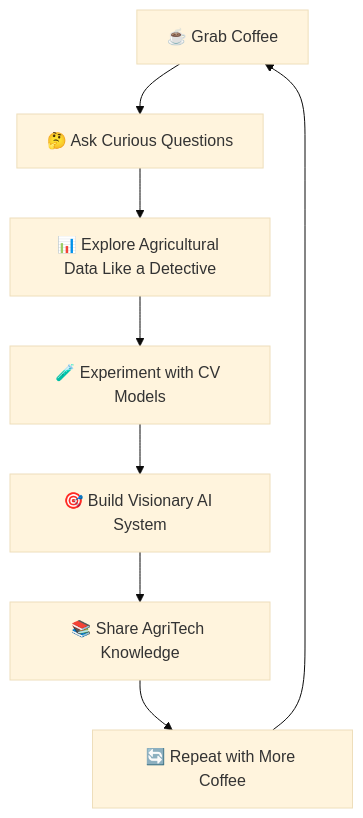
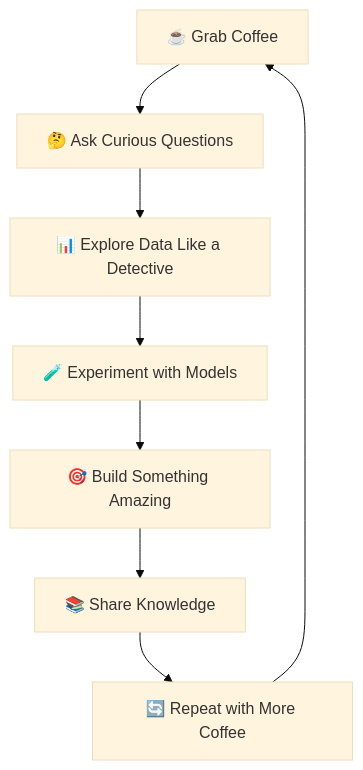
The diagram in README.md (Adityagupta930/Adityagupta930), drawn with Mermaid (base theme) before and after one commit. The commit also changed other lines of this file, not shown here.

````diff
--- a/README.md
+++ b/README.md
@@ -153,10 +152,10 @@
 ```mermaid
 flowchart TD
     A[☕ Grab Coffee] --> B[🤔 Ask Curious Questions]
-    B --> C[📊 Explore Agricultural Data Like a Detective]
-    C --> D[🧪 Experiment with CV Models]
-    D --> E[🎯 Build Visionary AI System]
-    E --> F[📚 Share AgriTech Knowledge]
+    B --> C[📊 Explore Data Like a Detective]
+    C --> D[🧪 Experiment with Models]
+    D --> E[🎯 Build Something Amazing]
+    E --> F[📚 Share Knowledge]
     F --> G[🔄 Repeat with More Coffee]
     G --> A
 ```
````
